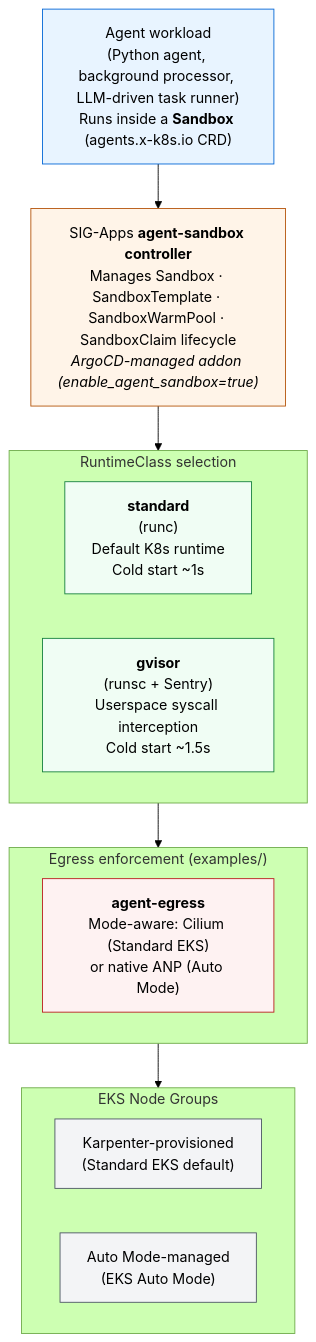
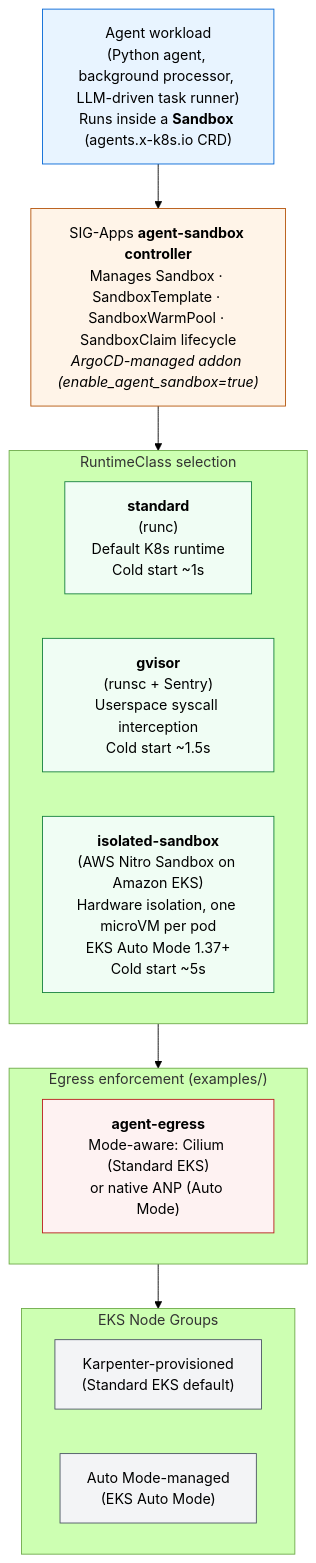
The diagram in website/docs/infra/agents/agent-sandbox.md (awslabs/ai-on-eks), drawn with Mermaid (forest theme) before and after one commit. The commit also changed other lines of this file and 5 other files, not shown here.

First line of the commit message:
feat(agent-sandbox): add AWS Nitro Sandbox on Amazon EKS as an opt-in tier

````diff
--- a/website/docs/infra/agents/agent-sandbox.md
+++ b/website/docs/infra/agents/agent-sandbox.md
@@ -27,34 +27,35 @@
 ```mermaid
 flowchart TB
     classDef workload fill:#e8f4ff,stroke:#0366d6,color:#000
     classDef controller fill:#fff4e8,stroke:#b45309,color:#000
     classDef runtime fill:#f0fdf4,stroke:#15803d,color:#000
     classDef egress fill:#fef2f2,stroke:#b91c1c,color:#000
     classDef node fill:#f3f4f6,stroke:#4b5563,color:#000
 
     A["Agent workload<br/>(Python agent, background processor, LLM-driven task runner)<br/>Runs inside a <b>Sandbox</b> (agents.x-k8s.io CRD)"]:::workload
 
     B["SIG-Apps <b>agent-sandbox controller</b><br/>Manages Sandbox · SandboxTemplate · SandboxWarmPool · SandboxClaim lifecycle<br/><i>ArgoCD-managed addon (enable_agent_sandbox=true)</i>"]:::controller
 
     subgraph C["RuntimeClass selection"]
         direction LR
         C1["<b>standard</b><br/>(runc)<br/>Default K8s runtime<br/>Cold start ~1s"]:::runtime
         C2["<b>gvisor</b><br/>(runsc + Sentry)<br/>Userspace syscall interception<br/>Cold start ~1.5s"]:::runtime
+        C3["<b>isolated-sandbox</b><br/>(AWS Nitro Sandbox on Amazon EKS)<br/>Hardware isolation, one microVM per pod<br/>EKS Auto Mode 1.37+<br/>Cold start ~5s"]:::runtime
     end
 
     subgraph D["Egress enforcement (examples/)"]
         direction LR
         D1["<b>agent-egress</b><br/>Mode-aware: Cilium (Standard EKS)<br/>or native ANP (Auto Mode)"]:::egress
     end
 
     subgraph E["EKS Node Groups"]
         direction LR
         E1["Karpenter-provisioned<br/>(Standard EKS default)"]:::node
         E2["Auto Mode-managed<br/>(EKS Auto Mode)"]:::node
     end
 
     A --> B
     B --> C
     C --> D
     D --> E
 ```
````
